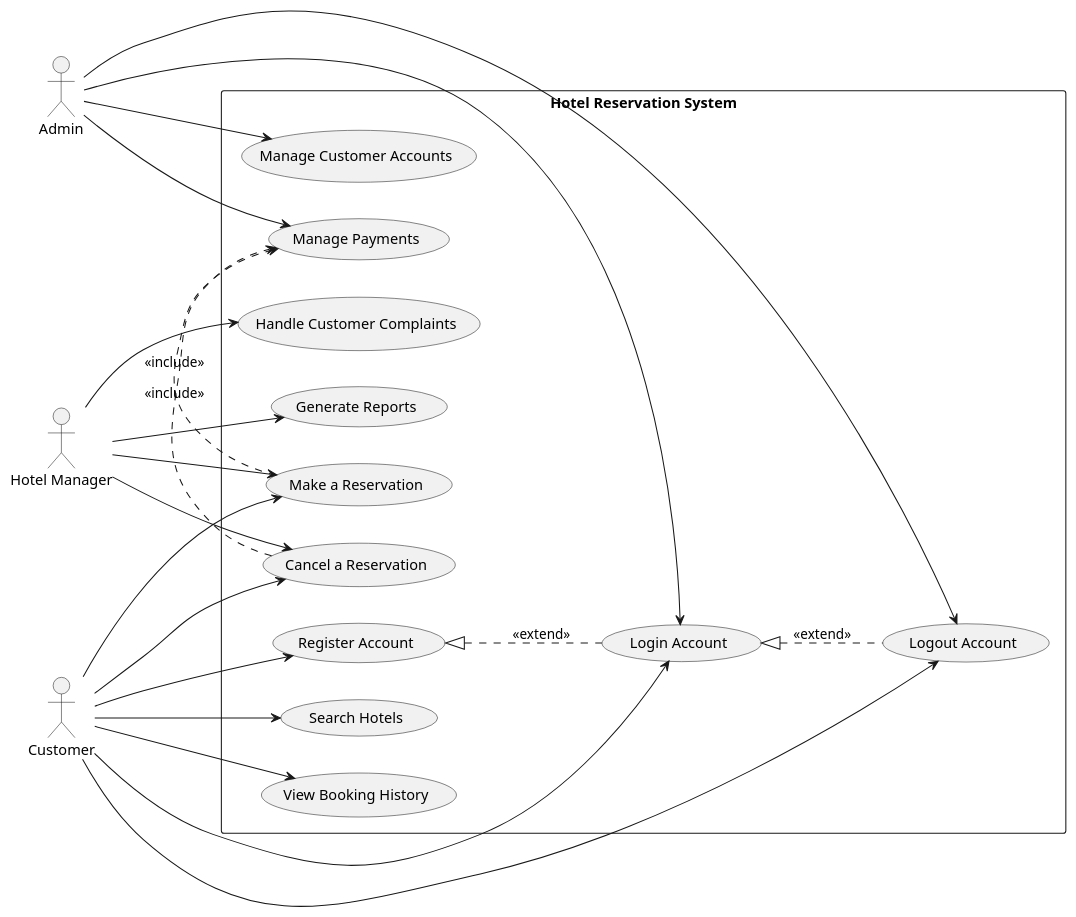
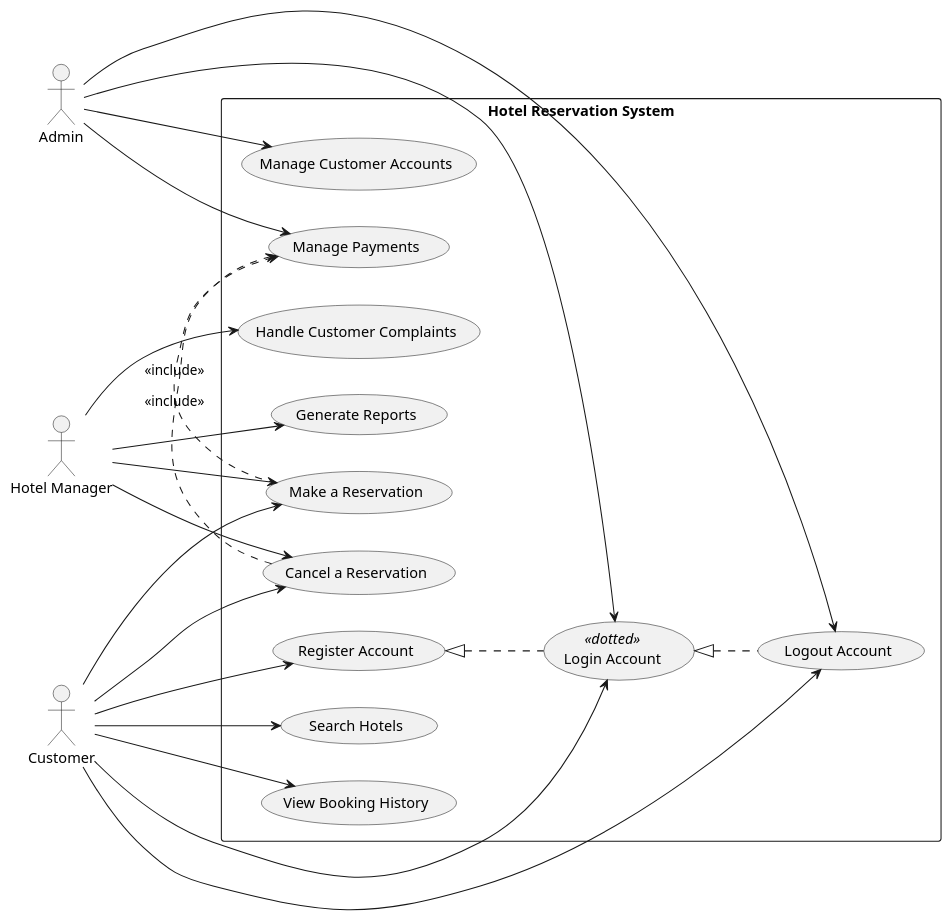
One commit to Harshit-code-tech/Hotel_reservation_system_se changed the diagram in UML/HOTEL_reservation_system/use case.puml. Above: the diagram before and after it, drawn with PlantUML. The commit also changed 4 other files, not shown here.

```diff
--- a/UML/HOTEL_reservation_system/use case.puml
+++ b/UML/HOTEL_reservation_system/use case.puml
@@ -1,48 +1,50 @@
 @startuml
 left to right direction
 
 actor Customer
 actor Admin
 actor "Hotel Manager" as Manager
 
 rectangle "Hotel Reservation System" {
 
   usecase "Register Account" as UC1
-  usecase "Login Account" as UC2
+  usecase "Login Account" as UC2 <<dotted>>
   usecase "Logout Account" as UC3
   usecase "Search Hotels" as UC4
   usecase "Make a Reservation" as UC5
   usecase "Cancel a Reservation" as UC6
   usecase "View Booking History" as UC7
 
   usecase "Manage Payments" as UC8
   usecase "Manage Customer Accounts" as UC9
   usecase "Generate Reports" as UC10
   usecase "Handle Customer Complaints" as UC11
 }
 
 Customer --> UC1
 Customer --> UC2
 Customer --> UC3
 Customer --> UC4
 Customer --> UC5
 Customer --> UC6
 Customer --> UC7
 
 Admin --> UC8
 Admin --> UC9
 Admin --> UC2
 Admin --> UC3
 
 Manager --> UC5
 Manager --> UC6
 Manager --> UC10
 Manager --> UC11
 
 UC5 .> UC8 : <<include>>
 UC6 .> UC8 : <<include>>
 
-UC1 <|.- UC2 : <<extend>>
-UC2 <|.- UC3 : <<extend>>
+UC1 <|.- UC2
+UC2 <|.- UC3
+
+
 
 @enduml
```
